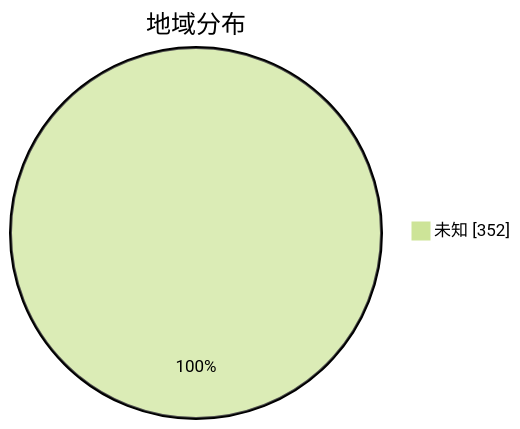
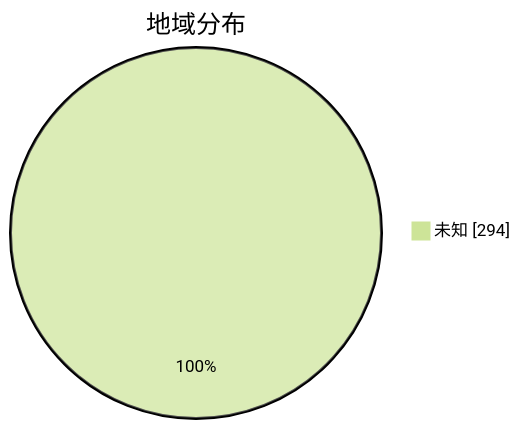
The second of 3 diagrams in subs/statistics/tested_within.md (qjlxg/airport), drawn with Mermaid (forest theme) before and after one commit. The commit also changed other lines of this file and 2 other files, not shown here.

````diff
--- a/subs/statistics/tested_within.md
+++ b/subs/statistics/tested_within.md
@@ -14,5 +12,5 @@
 ```mermaid
 pie showData
 title 地域分布
-"未知" : 352
+"未知" : 294
 ```
````
